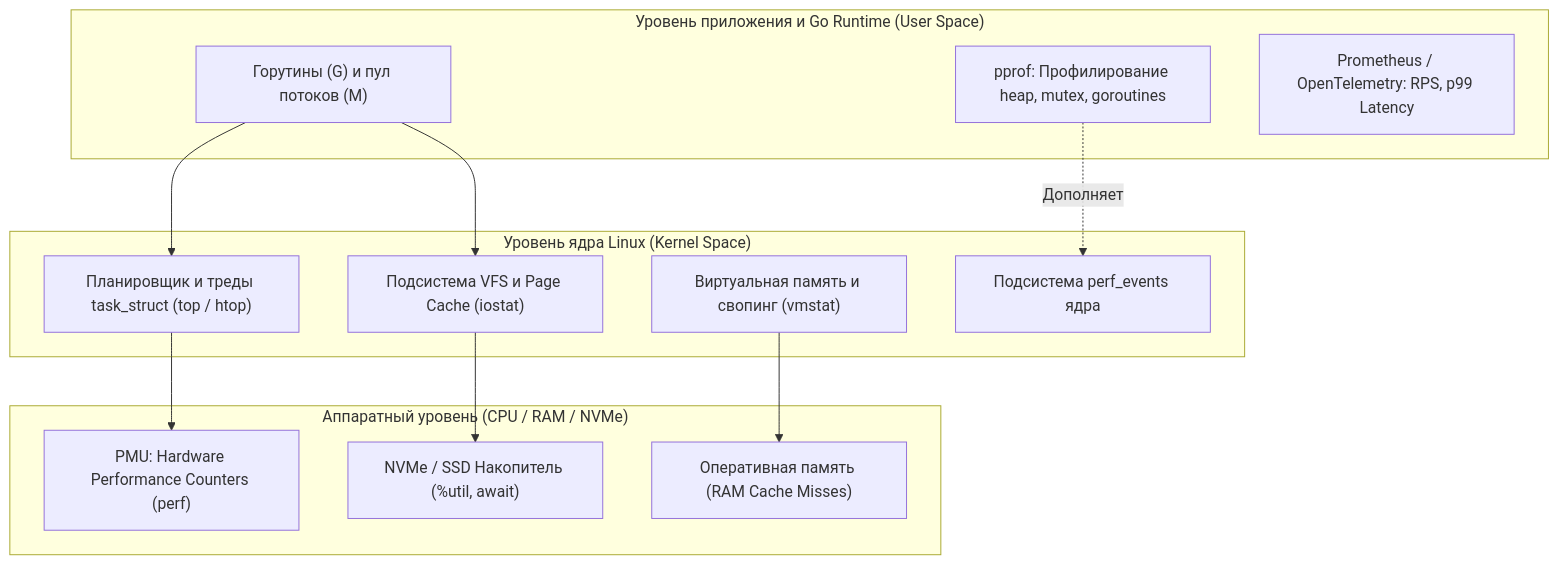
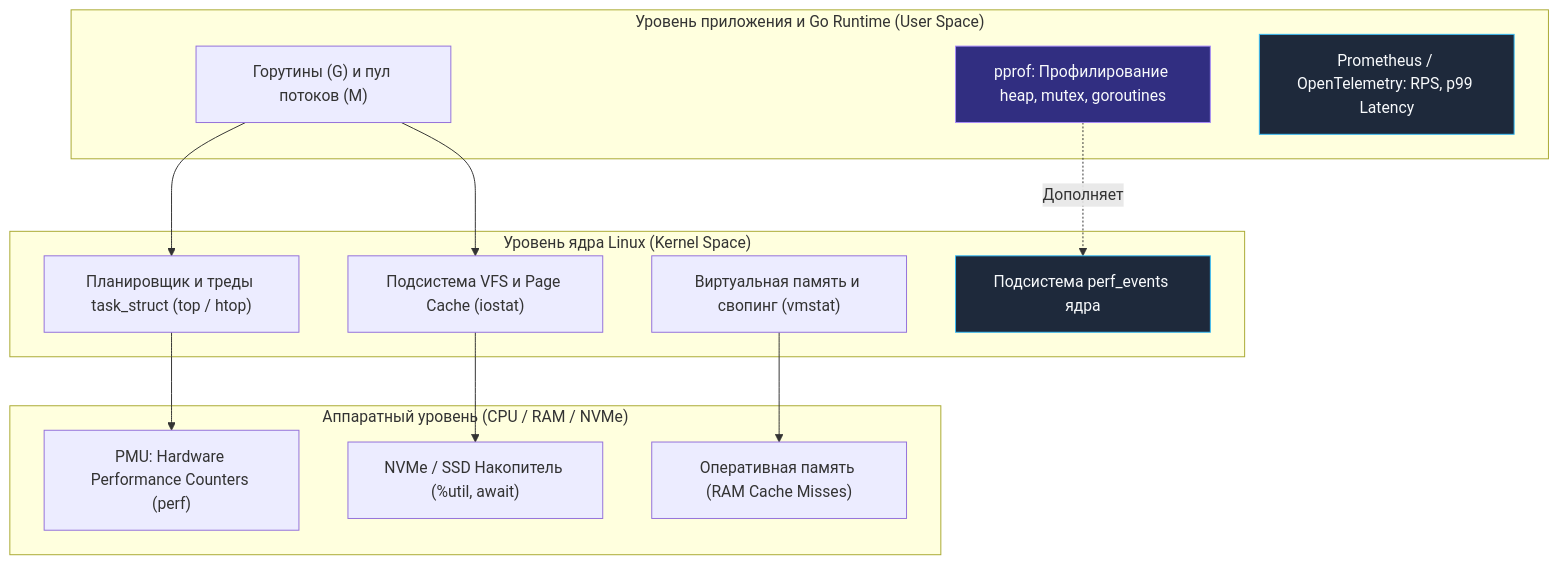
One commit to UnrealTemplier/go-textbook changed the first of 4 diagrams in sources/2. Устройство и работа ОС/60. perf, top, vmstat, iostat и другие инструменты Linux.md. Above: the diagram before and after it, drawn with Mermaid. The commit also changed other lines of this file and 1666 other files, not shown here.

First line of the commit message:
feat(mermaid): add semantic color classDef to 1369 colorless flowchart/graph diagrams

````diff
--- a/sources/2. Устройство и работа ОС/60. perf, top, vmstat, iostat и другие инструменты Linux.md
+++ b/sources/2. Устройство и работа ОС/60. perf, top, vmstat, iostat и другие инструменты Linux.md
@@ -12,28 +12,38 @@
 ```mermaid
 flowchart TD
+    classDef process  fill:#1e293b,stroke:#38bdf8,stroke-width:1px,color:#f8fafc
+    classDef success  fill:#064e3b,stroke:#34d399,stroke-width:1px,color:#f8fafc
+    classDef error    fill:#7f1d1d,stroke:#f87171,stroke-width:1px,color:#f8fafc
+    classDef warning  fill:#78350f,stroke:#fbbf24,stroke-width:1px,color:#f8fafc
+    classDef entry    fill:#1e3a5f,stroke:#38bdf8,stroke-width:2px,color:#f8fafc
+    classDef aux      fill:#334155,stroke:#64748b,stroke-width:1px,color:#f8fafc
+    classDef system   fill:#312e81,stroke:#a78bfa,stroke-width:1px,color:#f8fafc
+    classDef data     fill:#132d29,stroke:#2dd4bf,stroke-width:1px,color:#f8fafc
+    classDef network  fill:#881337,stroke:#fb7185,stroke-width:1px,color:#f8fafc
+    classDef accent   fill:#1e1b4b,stroke:#818cf8,stroke-width:1px,color:#f8fafc
     subgraph UserSpace ["Уровень приложения и Go Runtime (User Space)"]
         GoRoutines["Горутины (G) и пул потоков (M)"]
-        PprofTool["pprof: Профилирование heap, mutex, goroutines"]
-        AppMetrics["Prometheus / OpenTelemetry: RPS, p99 Latency"]
+        PprofTool["pprof: Профилирование heap, mutex, goroutines"]:::system
+        AppMetrics["Prometheus / OpenTelemetry: RPS, p99 Latency"]:::process
     end
 
     subgraph KernelSpace ["Уровень ядра Linux (Kernel Space)"]
         VFS_IO["Подсистема VFS и Page Cache (iostat)"]
         MemVM["Виртуальная память и свопинг (vmstat)"]
         SchedCore["Планировщик и треды task_struct (top / htop)"]
-        PerfEvents["Подсистема perf_events ядра"]
+        PerfEvents["Подсистема perf_events ядра"]:::process
     end
 
     subgraph HardwareSpace ["Аппаратный уровень (CPU / RAM / NVMe)"]
         PMU["PMU: Hardware Performance Counters (perf)"]
         StorageDev["NVMe / SSD Накопитель (%util, await)"]
         DRAM["Оперативная память (RAM Cache Misses)"]
     end
 
     GoRoutines --> SchedCore
     GoRoutines --> VFS_IO
     PprofTool -.->|Дополняет| PerfEvents
     SchedCore --> PMU
     VFS_IO --> StorageDev
     MemVM --> DRAM
 ```
````
